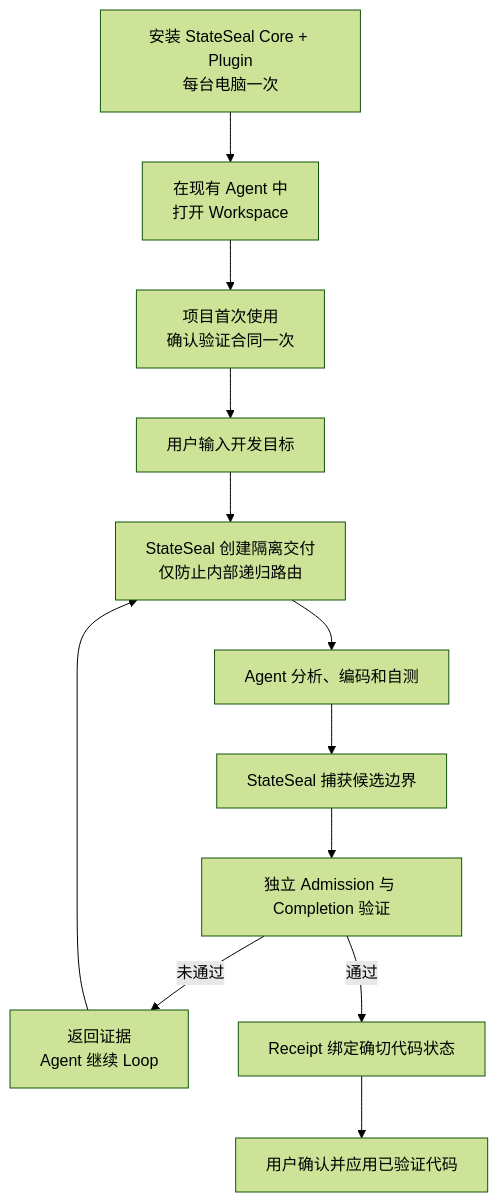
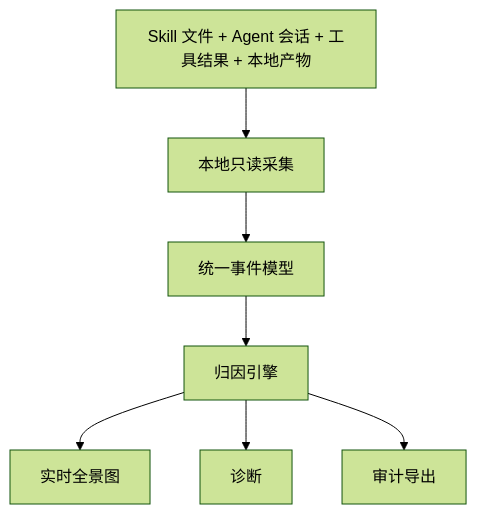
The diagram in docs/zh-CN/product-map.md (hellogxp/stateseal), drawn with Mermaid (forest theme) before and after one commit. The commit also changed other lines of this file and 65 other files, not shown here.

````diff
--- a/docs/zh-CN/product-map.md
+++ b/docs/zh-CN/product-map.md
@@ -11,14 +6,9 @@
 ```mermaid
-flowchart TD
-    A["安装 StateSeal Core + Plugin<br/>每台电脑一次"] --> C["在现有 Agent 中<br/>打开 Workspace"]
-    C --> D["项目首次使用<br/>确认验证合同一次"]
-    D --> E["用户输入开发目标"]
-    E --> F["StateSeal 创建隔离交付<br/>仅防止内部递归路由"]
-    F --> F2["Agent 分析、编码和自测"]
-    F2 --> G["StateSeal 捕获候选边界"]
-    G --> H["独立 Admission 与 Completion 验证"]
-    H -->|未通过| I["返回证据<br/>Agent 继续 Loop"]
-    I --> F
-    H -->|通过| J["Receipt 绑定确切代码状态"]
-    J --> K["用户确认并应用已验证代码"]
+flowchart TB
+  S["Skill 文件 + Agent 会话 + 工具结果 + 本地产物"] --> I["本地只读采集"]
+  I --> N["统一事件模型"]
+  N --> A["归因引擎"]
+  A --> P["实时全景图"]
+  A --> D["诊断"]
+  A --> E["审计导出"]
 ```
````
